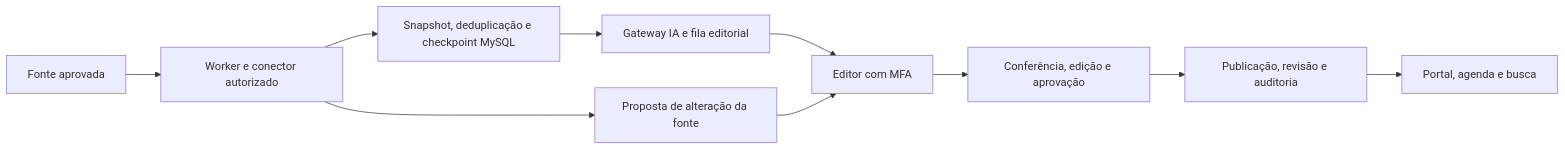
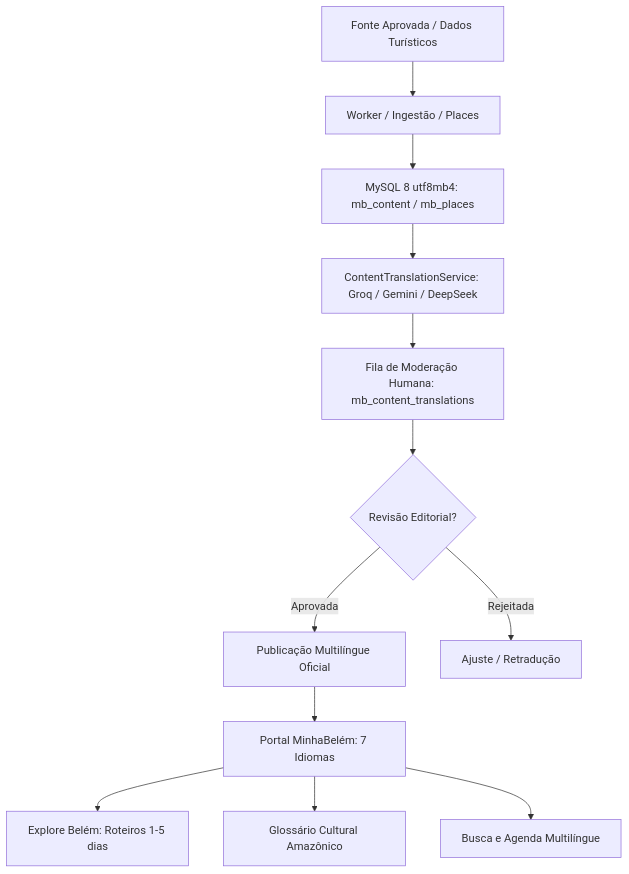
The diagram in docs/ARQUITETURA.md (devmnsoft/minhabelem), drawn with Mermaid before and after one commit. The commit also changed other lines of this file and 49 other files, not shown here.

Commit message:
feat: SPRINT 04 - Internacionalização (7 idiomas), Portal Explore Belém, Tradução por IA com preservação cultural e administração multilíngue

````diff
--- a/docs/ARQUITETURA.md
+++ b/docs/ARQUITETURA.md
@@ -5,12 +5,14 @@
 ```mermaid
-flowchart LR
-    A[Fonte aprovada] --> B[Worker e conector autorizado]
-    B --> C[Snapshot, deduplicação e checkpoint MySQL]
-    C --> D[Gateway IA e fila editorial]
-    D --> E[Editor com MFA]
-    E --> F[Conferência, edição e aprovação]
-    F --> G[Publicação, revisão e auditoria]
-    G --> H[Portal, agenda e busca]
-    B --> I[Proposta de alteração da fonte]
-    I --> E
+flowchart TD
+    A[Fonte Aprovada / Dados Turísticos] --> B[Worker / Ingestão / Places]
+    B --> C[MySQL 8 utf8mb4: mb_content / mb_places]
+    C --> D[ContentTranslationService: Groq / Gemini / DeepSeek]
+    D --> E[Fila de Moderação Humana: mb_content_translations]
+    E --> F{Revisão Editorial?}
+    F -- Aprovada --> G[Publicação Multilíngue Oficial]
+    F -- Rejeitada --> H[Ajuste / Retradução]
+    G --> I[Portal MinhaBelém: 7 Idiomas]
+    I --> J[Explore Belém: Roteiros 1-5 dias]
+    I --> K[Glossário Cultural Amazônico]
+    I --> L[Busca e Agenda Multilíngue]
 ```
````
